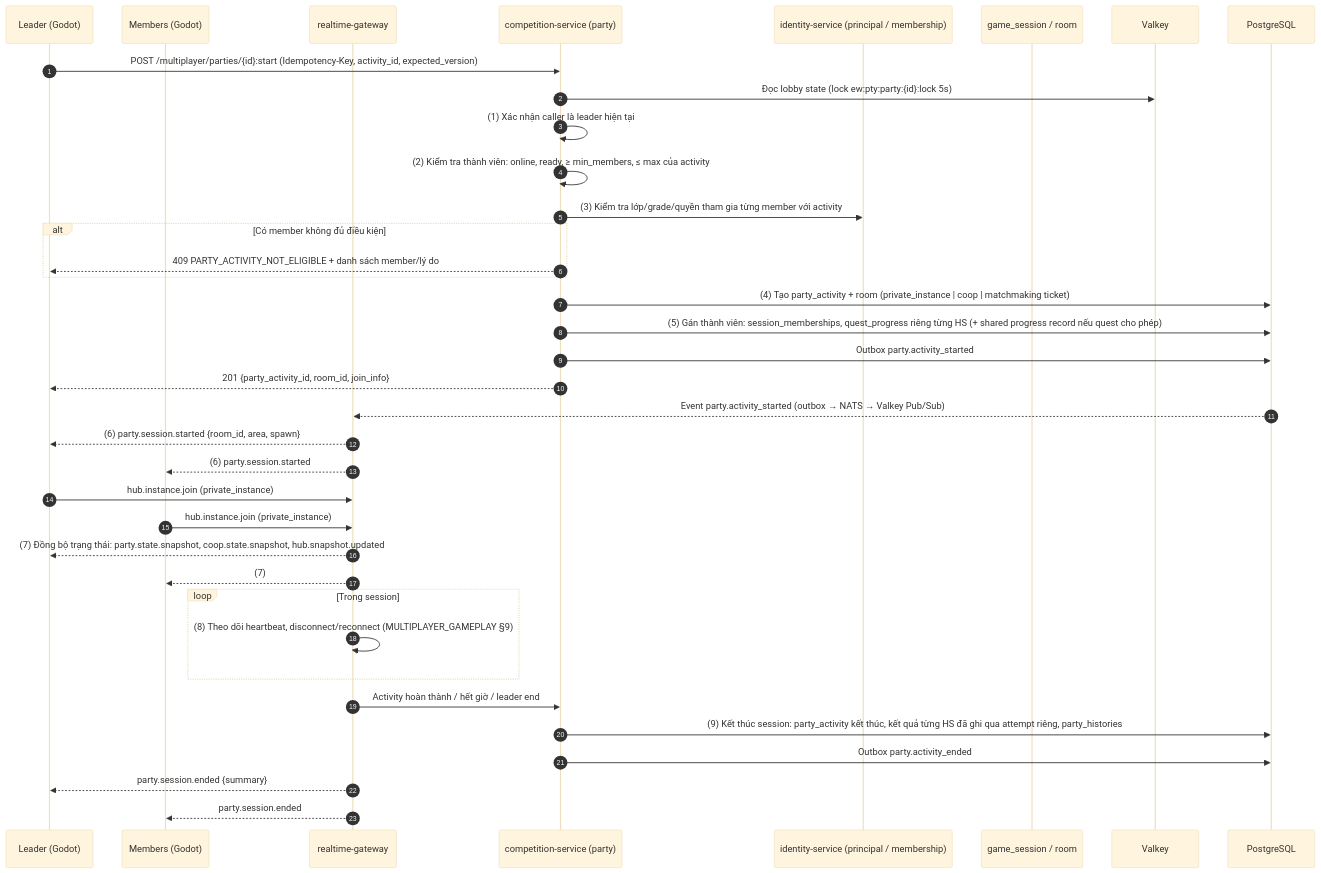
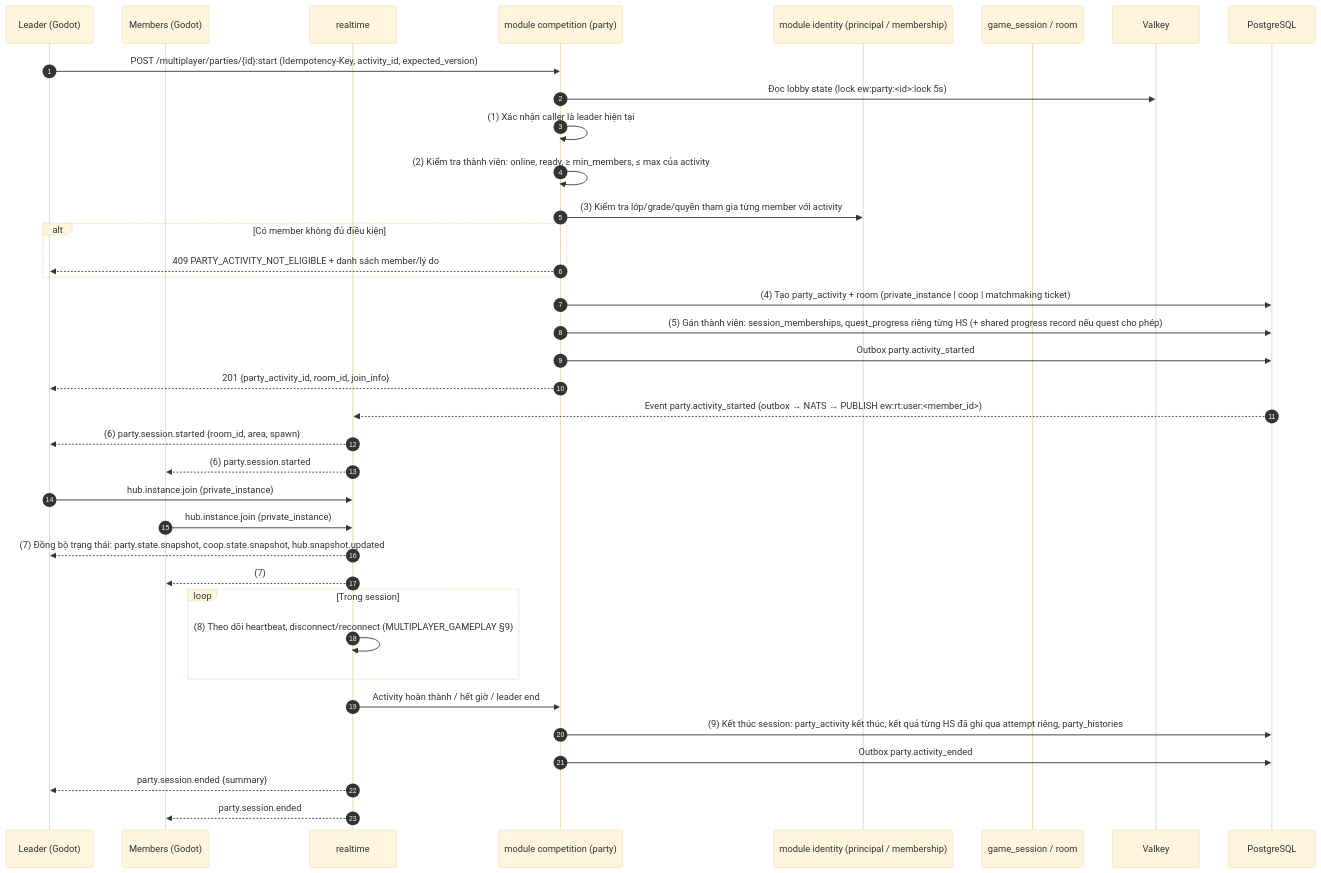
Before and after one commit to tanguyen2020/eduworld-platform: the first of 4 diagrams in docs/03-social-multiplayer/PARTY_SYSTEM.md, drawn with Mermaid (base theme). The commit also changed other lines of this file and 922 other files, not shown here.

````diff
--- a/docs/03-social-multiplayer/PARTY_SYSTEM.md
+++ b/docs/03-social-multiplayer/PARTY_SYSTEM.md
@@ -106,40 +107,40 @@
 ```mermaid
 sequenceDiagram
   autonumber
   participant L as Leader (Godot)
   participant M as Members (Godot)
-  participant RT as realtime-gateway
-  participant API as competition-service (party)
-  participant AZ as identity-service (principal / membership)
+  participant RT as realtime
+  participant API as module competition (party)
+  participant AZ as module identity (principal / membership)
   participant GS as game_session / room
   participant VK as Valkey
   participant PG as PostgreSQL
 
   L->>API: POST /multiplayer/parties/{id}:start (Idempotency-Key, activity_id, expected_version)
-  API->>VK: Đọc lobby state (lock ew:pty:party:{id}:lock 5s)
+  API->>VK: Đọc lobby state (lock ew:party:<id>:lock 5s)
   API->>API: (1) Xác nhận caller là leader hiện tại
   API->>API: (2) Kiểm tra thành viên: online, ready, ≥ min_members, ≤ max của activity
   API->>AZ: (3) Kiểm tra lớp/grade/quyền tham gia từng member với activity
   alt Có member không đủ điều kiện
     API-->>L: 409 PARTY_ACTIVITY_NOT_ELIGIBLE + danh sách member/lý do
   end
   API->>PG: (4) Tạo party_activity + room (private_instance | coop | matchmaking ticket)
   API->>PG: (5) Gán thành viên: session_memberships, quest_progress riêng từng HS (+ shared progress record nếu quest cho phép)
   API->>PG: Outbox party.activity_started
   API-->>L: 201 {party_activity_id, room_id, join_info}
-  PG-->>RT: Event party.activity_started (outbox → NATS → Valkey Pub/Sub)
+  PG-->>RT: Event party.activity_started (outbox → NATS → PUBLISH ew:rt:user:<member_id>)
   RT-->>L: (6) party.session.started {room_id, area, spawn}
   RT-->>M: (6) party.session.started
   L->>RT: hub.instance.join (private_instance)
   M->>RT: hub.instance.join (private_instance)
   RT-->>L: (7) Đồng bộ trạng thái: party.state.snapshot, coop.state.snapshot, hub.snapshot.updated
   RT-->>M: (7)
   loop Trong session
     RT->>RT: (8) Theo dõi heartbeat, disconnect/reconnect (MULTIPLAYER_GAMEPLAY §9)
   end
   RT->>API: Activity hoàn thành / hết giờ / leader end
   API->>PG: (9) Kết thúc session: party_activity kết thúc, kết quả từng HS đã ghi qua attempt riêng, party_histories
   API->>PG: Outbox party.activity_ended
   RT-->>L: party.session.ended {summary}
   RT-->>M: party.session.ended
 ```
````
